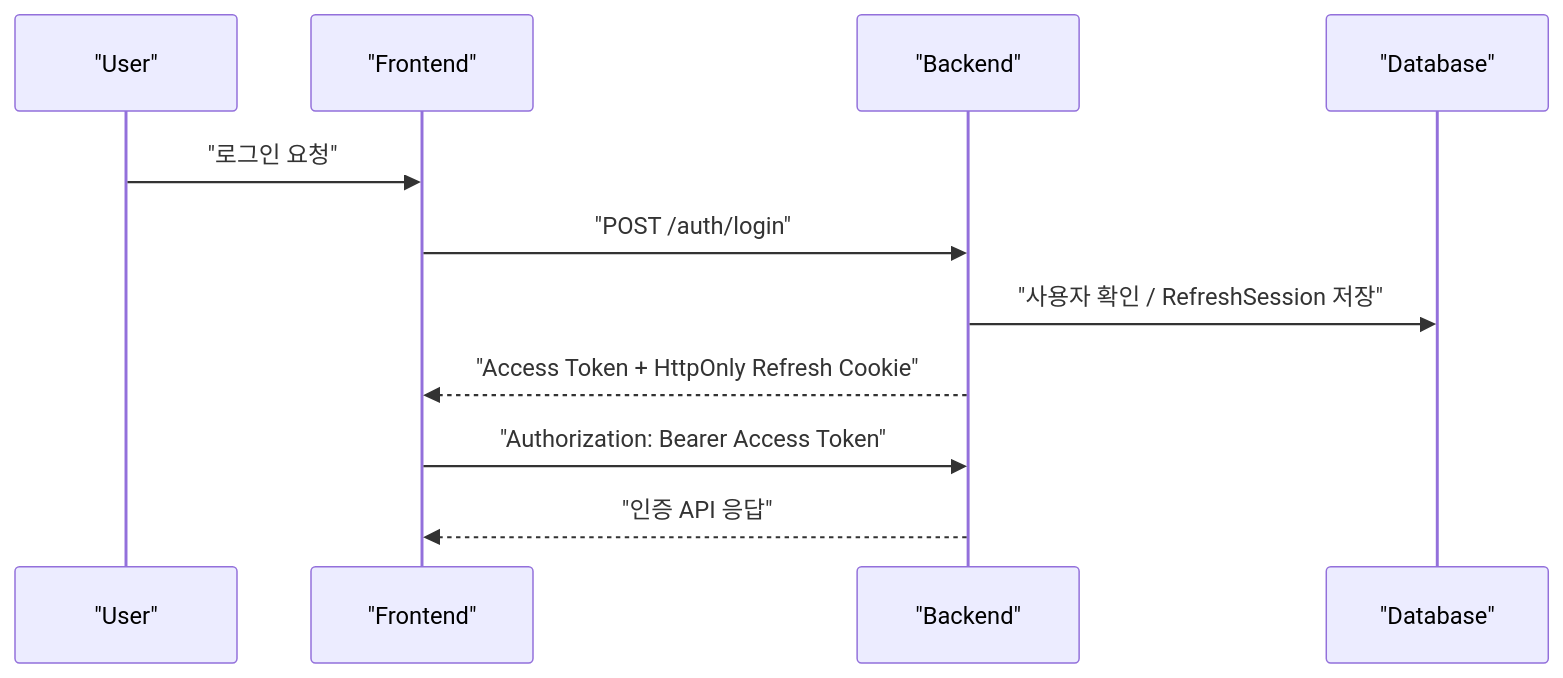
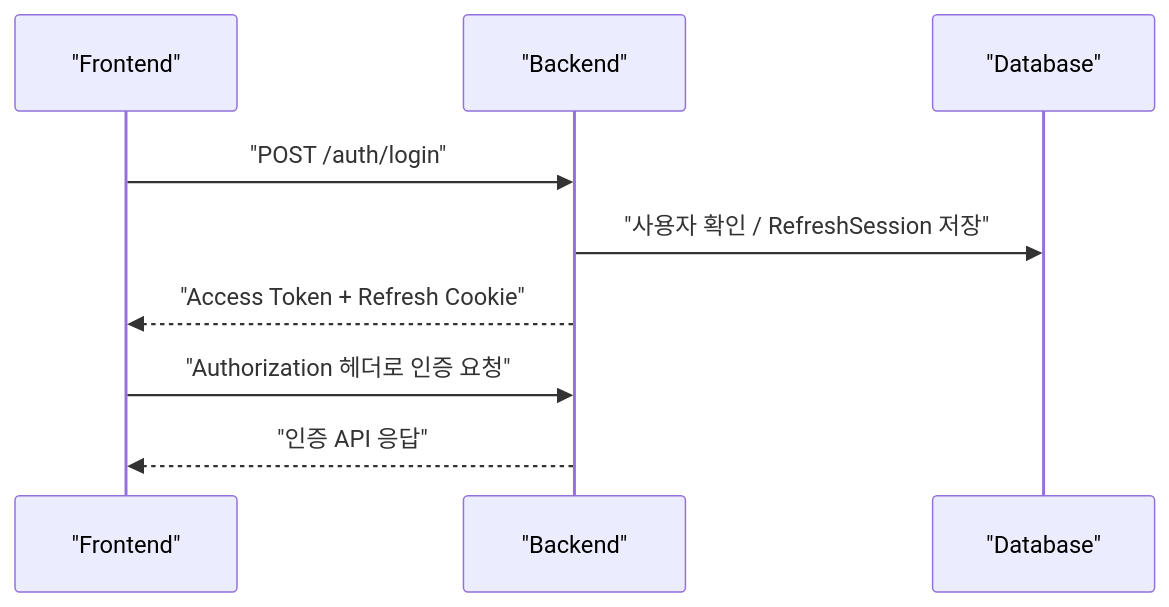
One commit to Economy0326/shopping-backend changed the second of 8 diagrams in README.md. Above: the diagram before and after it, drawn with Mermaid. The commit also changed other lines of this file, not shown here.

````diff
--- a/README.md
+++ b/README.md
@@ -160,14 +152,12 @@
 ```mermaid
 sequenceDiagram
-  participant User as "User"
   participant FE as "Frontend"
   participant BE as "Backend"
   participant DB as "Database"
 
-  User->>FE: "로그인 요청"
   FE->>BE: "POST /auth/login"
   BE->>DB: "사용자 확인 / RefreshSession 저장"
-  BE-->>FE: "Access Token + HttpOnly Refresh Cookie"
-  FE->>BE: "Authorization: Bearer Access Token"
+  BE-->>FE: "Access Token + Refresh Cookie"
+  FE->>BE: "Authorization 헤더로 인증 요청"
   BE-->>FE: "인증 API 응답"
 ```
````
